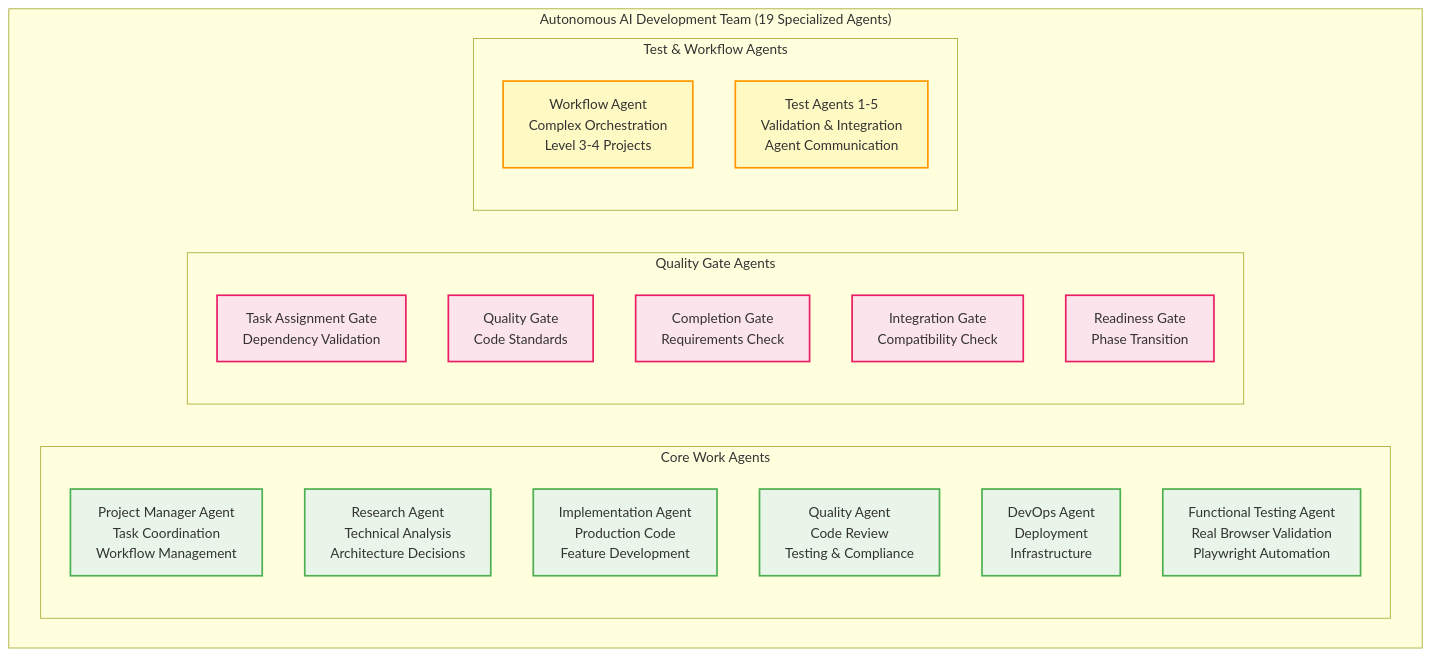
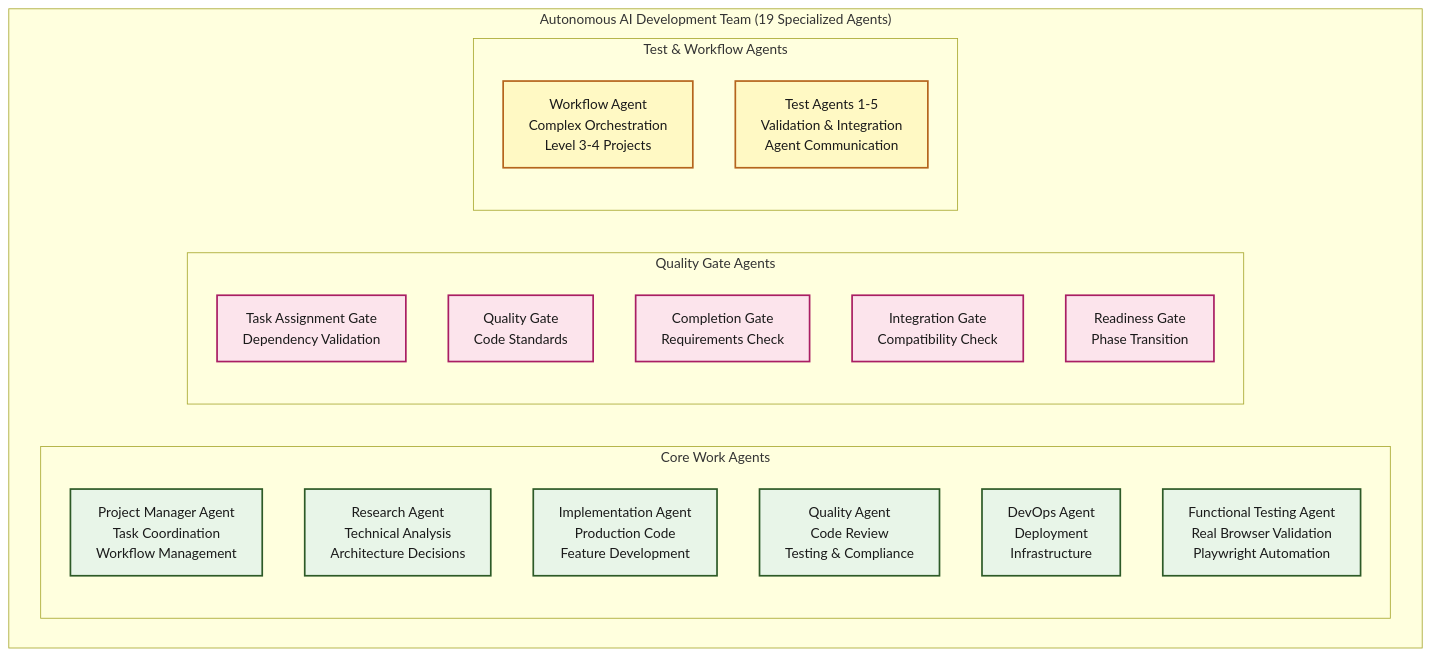
Before and after one commit to vanzan01/claude-code-sub-agent-collective: the first of 2 diagrams in README.md, drawn with Mermaid.

Commit message:
feat: Improve Mermaid diagram readability for dark/light modes
- Add stronger stroke colors and explicit text color for better contrast
- Increase stroke width to 3px for improved visibility
- Ensure diagrams are readable in both GitHub light and dark themes
- Maintain accessibility standards with high contrast ratios

````diff
--- a/README.md
+++ b/README.md
@@ -43,34 +43,34 @@
 ```mermaid
 graph TB
     subgraph "Autonomous AI Development Team (19 Specialized Agents)"
         subgraph "Core Work Agents"
             PM[Project Manager Agent<br/>Task Coordination<br/>Workflow Management]
             Research[Research Agent<br/>Technical Analysis<br/>Architecture Decisions]
             Implementation[Implementation Agent<br/>Production Code<br/>Feature Development]
             Quality[Quality Agent<br/>Code Review<br/>Testing & Compliance]
             DevOps[DevOps Agent<br/>Deployment<br/>Infrastructure]
             FuncTest[Functional Testing Agent<br/>Real Browser Validation<br/>Playwright Automation]
         end
         
         subgraph "Quality Gate Agents"
             TaskGate[Task Assignment Gate<br/>Dependency Validation]
             QualityGate[Quality Gate<br/>Code Standards]
             CompletionGate[Completion Gate<br/>Requirements Check]
             IntegrationGate[Integration Gate<br/>Compatibility Check]
             ReadinessGate[Readiness Gate<br/>Phase Transition]
         end
         
         subgraph "Test & Workflow Agents"
             WorkflowAgent[Workflow Agent<br/>Complex Orchestration<br/>Level 3-4 Projects]
             TestAgents[Test Agents 1-5<br/>Validation & Integration<br/>Agent Communication]
         end
     end
     
-    classDef agent fill:#e8f5e8,stroke:#4caf50,stroke-width:2px
-    classDef gate fill:#fce4ec,stroke:#e91e63,stroke-width:2px
-    classDef test fill:#fff9c4,stroke:#ff9800,stroke-width:2px
+    classDef agent fill:#e8f5e8,stroke:#2d5a27,stroke-width:2px,color:#1a1a1a
+    classDef gate fill:#fce4ec,stroke:#a91e63,stroke-width:2px,color:#1a1a1a
+    classDef test fill:#fff9c4,stroke:#b5651d,stroke-width:2px,color:#1a1a1a
     
     class PM,Research,Implementation,Quality,DevOps,FuncTest agent
     class TaskGate,QualityGate,CompletionGate,IntegrationGate,ReadinessGate gate
     class WorkflowAgent,TestAgents test
 ```
````
